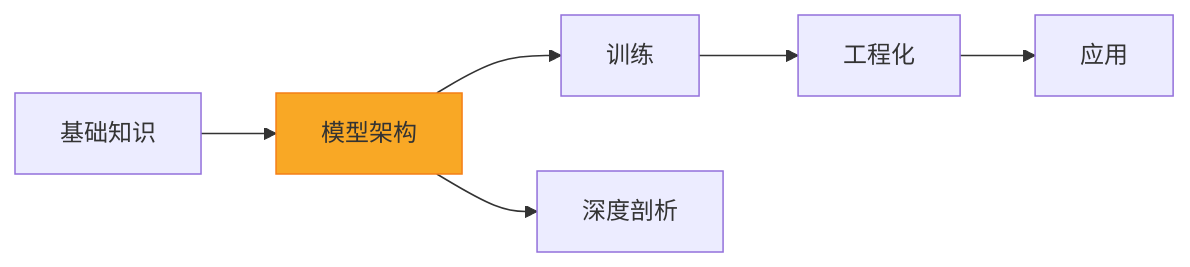
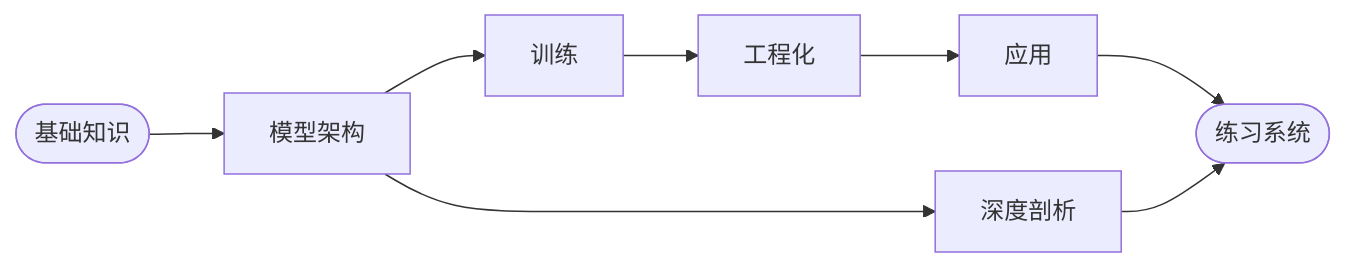
Before and after one commit to boots-coder/LLM-101-CN: the second of 3 diagrams in docs/index.md, drawn with Mermaid. The commit also changed other lines of this file and 2 other files, not shown here.

````diff
--- a/docs/index.md
+++ b/docs/index.md
@@ -39,10 +34,10 @@
 ```mermaid
-graph LR
-    A[基础知识] --> B[模型架构]
-    B --> C[训练]
-    C --> D[工程化]
-    D --> E[应用]
-    B --> F[深度剖析]
-    
-    style B fill:#f9a825,stroke:#f57f17
+flowchart LR
+    A(["基础知识"]) --> B["模型架构"]
+    B --> C["训练"]
+    C --> D["工程化"]
+    D --> E["应用"]
+    B --> F["深度剖析"]
+    E --> G(["练习系统"])
+    F --> G
 ```
````
